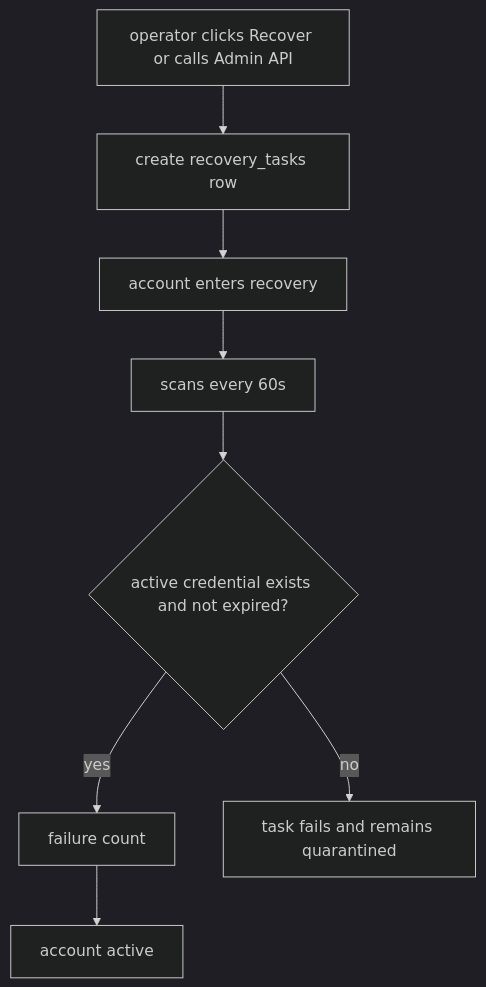
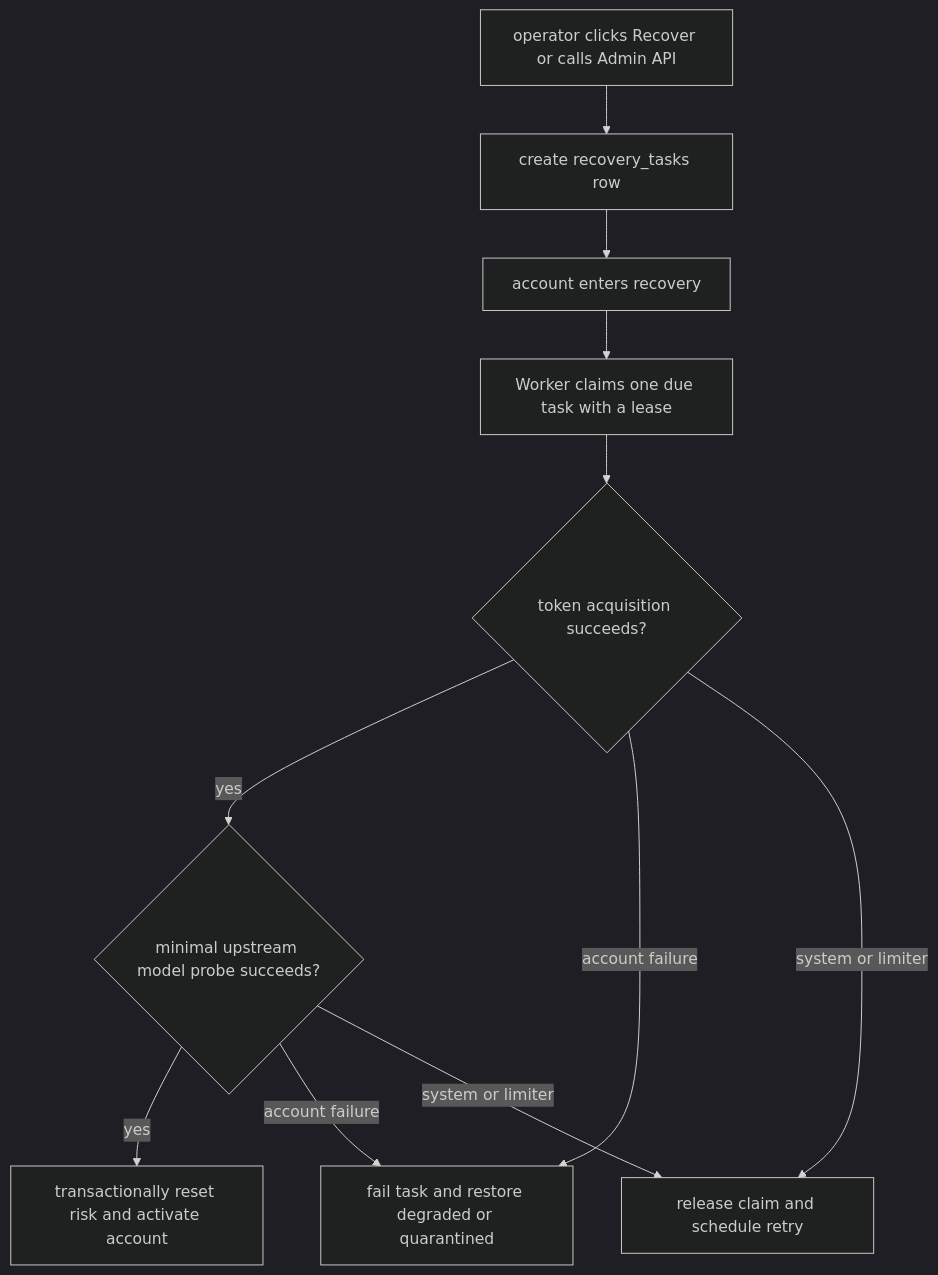
Before and after one commit to pczhao1210/ghcp-pool-proxy: the sixth of 10 diagrams in docs/operations.en.md, drawn with Mermaid (dark theme). The commit also changed other lines of this file and 12 other files, not shown here.

````diff
--- a/docs/operations.en.md
+++ b/docs/operations.en.md
@@ -410,10 +411,13 @@
 ```mermaid
 flowchart TD
   A["operator clicks Recover or calls Admin API"] --> B["create recovery_tasks row"]
   B --> C["account enters recovery"]
-  C --> D["scans every 60s"]
-  D --> E{"active credential exists and not expired?"}
-  E -->|"yes"| F["failure count"]
-  F --> G["account active"]
-  E -->|"no"| H["task fails and remains quarantined"]
+  C --> D["Worker claims one due task with a lease"]
+  D --> E{"token acquisition succeeds?"}
+  E -->|"yes"| F{"minimal upstream model probe succeeds?"}
+  F -->|"yes"| G["transactionally reset risk and activate account"]
+  E -->|"account failure"| H["fail task and restore degraded or quarantined"]
+  F -->|"account failure"| H
+  E -->|"system or limiter"| I["release claim and schedule retry"]
+  F -->|"system or limiter"| I
 ```
````
